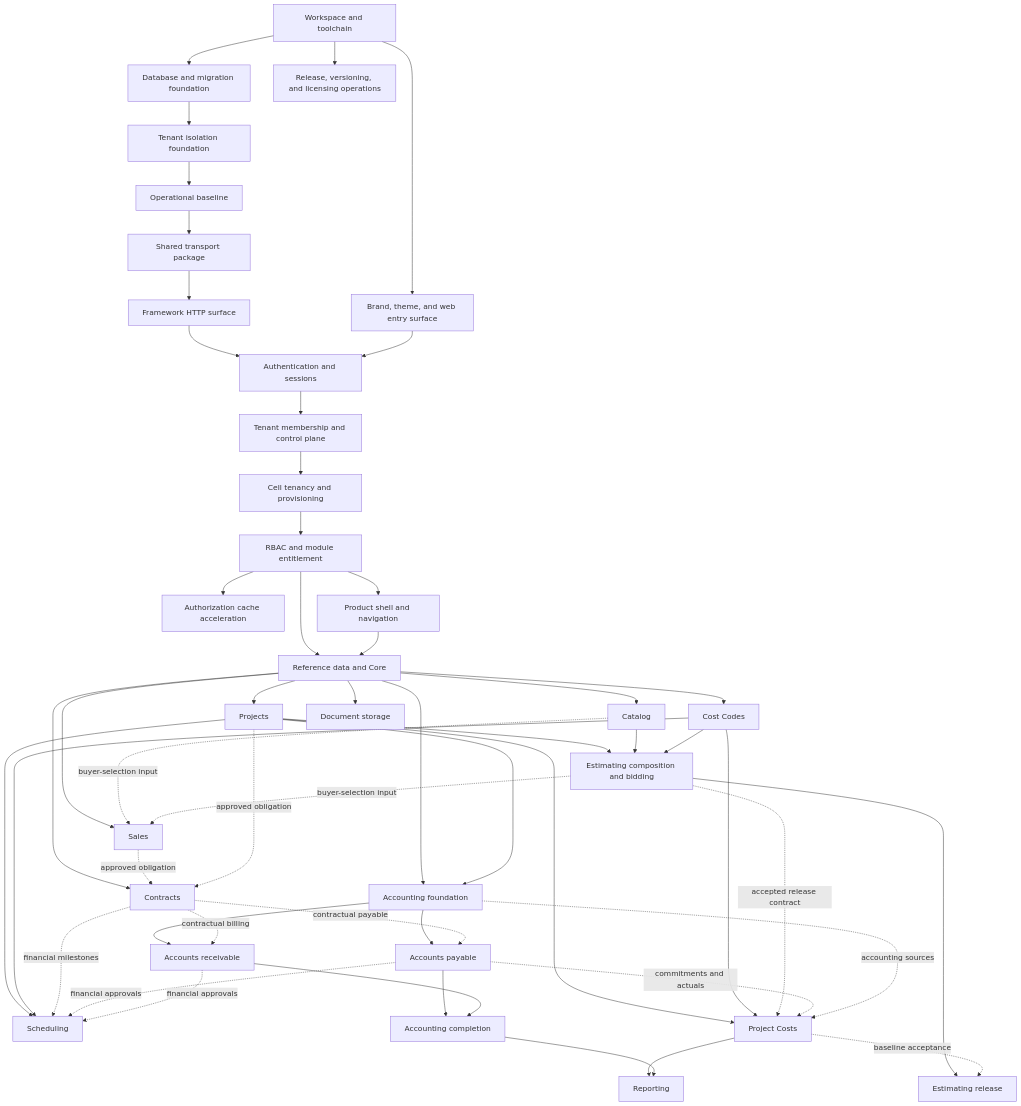
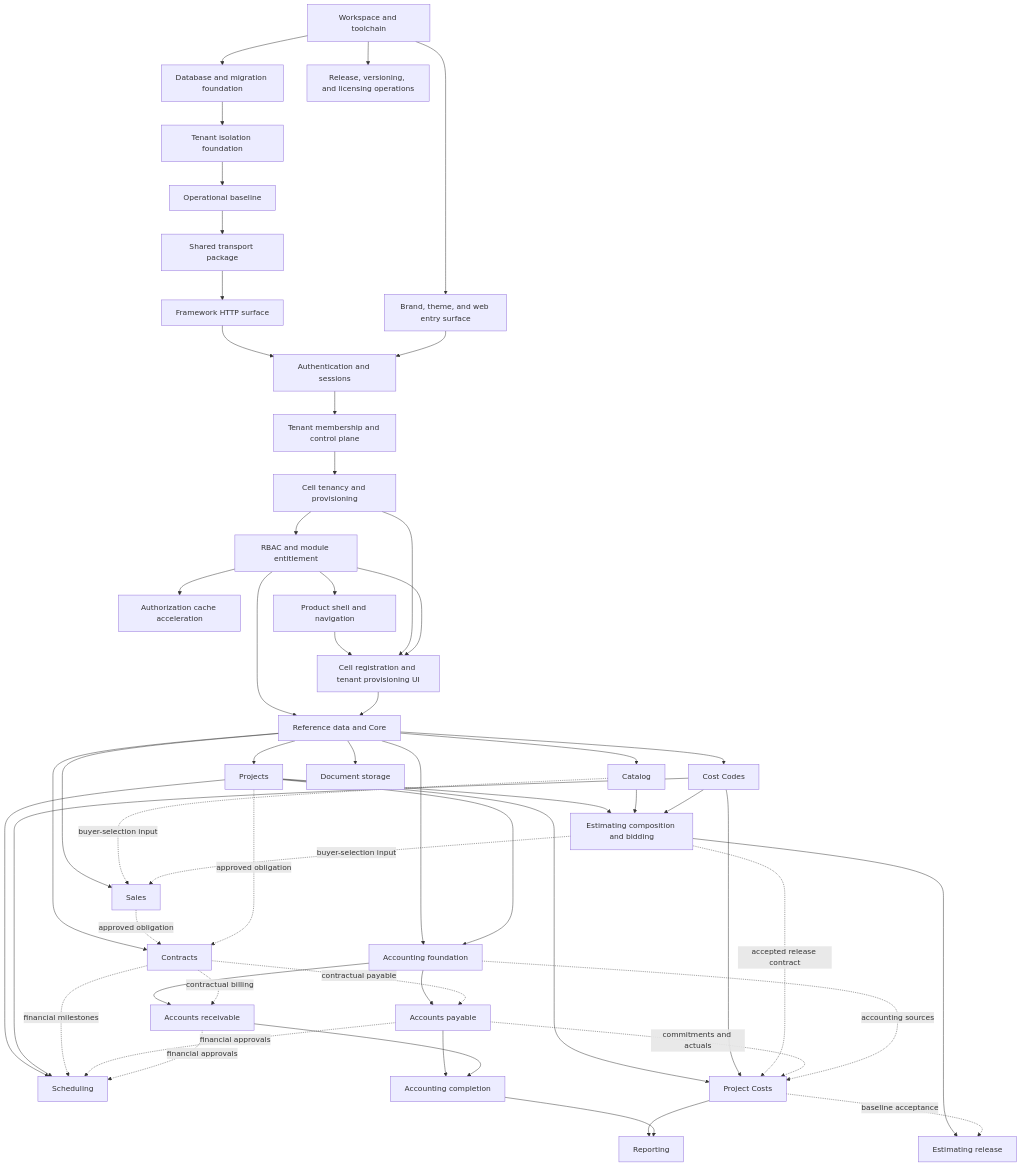
The diagram in docs/roadmaps/DEVELOPMENT-ROADMAP.md (silverstone-i/nap), drawn with Mermaid before and after one commit. The commit also changed other lines of this file and 1 other file, not shown here.

First line of the commit message:
docs: require incremental UI delivery in roadmap (#22)

````diff
--- a/docs/roadmaps/DEVELOPMENT-ROADMAP.md
+++ b/docs/roadmaps/DEVELOPMENT-ROADMAP.md
@@ -62,54 +71,57 @@
 ```mermaid
 flowchart TD
   workspace[Workspace and toolchain] --> database[Database and migration foundation]
   workspace --> entry[Brand, theme, and web entry surface]
   workspace --> release[Release, versioning, and licensing operations]
   database --> isolation[Tenant isolation foundation]
   isolation --> ops[Operational baseline]
   ops --> contracts0[Shared transport package]
   contracts0 --> framework[Framework HTTP surface]
   framework --> auth[Authentication and sessions]
   entry --> auth
   auth --> control[Tenant membership and control plane]
   control --> provisioning[Cell tenancy and provisioning]
   provisioning --> rbac[RBAC and module entitlement]
   rbac --> cache[Authorization cache acceleration]
   rbac --> shell[Product shell and navigation]
   rbac --> core[Reference data and Core]
-  shell --> core
+  shell --> provisioningUI[Cell registration and tenant provisioning UI]
+  provisioning --> provisioningUI
+  rbac --> provisioningUI
+  provisioningUI --> core
   core --> projects[Projects]
   core --> costCodes[Cost Codes]
   core --> catalog[Catalog]
   core --> documents[Document storage]
   projects --> estimating[Estimating composition and bidding]
   catalog --> estimating
   costCodes --> estimating
   projects --> scheduling[Scheduling]
   costCodes --> scheduling
   projects --> projectCosts[Project Costs]
   costCodes --> projectCosts
   estimating -. accepted release contract .-> projectCosts
   estimating --> productionRelease[Estimating release]
   projectCosts -. baseline acceptance .-> productionRelease
   core --> sales[Sales]
   catalog -. buyer-selection input .-> sales
   estimating -. buyer-selection input .-> sales
   core --> agreements[Contracts]
   sales -. approved obligation .-> agreements
   projects -. approved obligation .-> agreements
   core --> accounting[Accounting foundation]
   projects --> accounting
   accounting --> ap[Accounts payable]
   accounting --> ar[Accounts receivable]
   agreements -. contractual payable .-> ap
   agreements -. contractual billing .-> ar
   ap --> completion[Accounting completion]
   ar --> completion
   ap -. commitments and actuals .-> projectCosts
   accounting -. accounting sources .-> projectCosts
   agreements -. financial milestones .-> scheduling
   ap -. financial approvals .-> scheduling
   ar -. financial approvals .-> scheduling
   projectCosts --> reporting[Reporting]
   completion --> reporting
 ```
````
